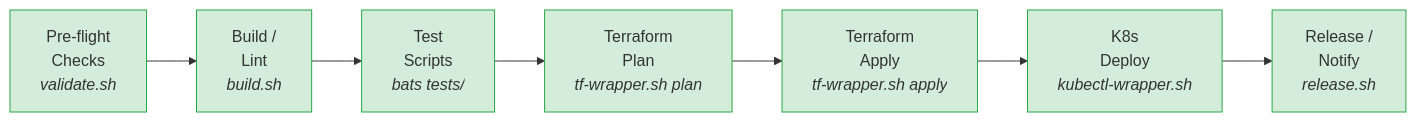
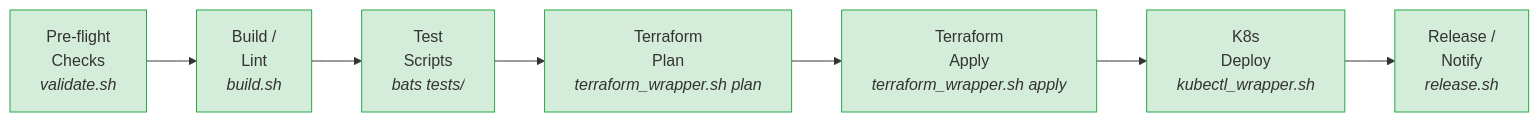
The diagram in docs/scripting/teoria/scripting-pipelines.mdx (salvamiguel/materials), drawn with Mermaid before and after one commit. The commit also changed other lines of this file and 34 other files, not shown here.

````diff
--- a/docs/scripting/teoria/scripting-pipelines.mdx
+++ b/docs/scripting/teoria/scripting-pipelines.mdx
@@ -760,17 +794,17 @@
 ```mermaid
 graph LR
     A["Pre-flight<br/>Checks<br/><i>validate.sh</i>"] --> B["Build /<br/>Lint<br/><i>build.sh</i>"]
     B --> C["Test<br/>Scripts<br/><i>bats tests/</i>"]
-    C --> D["Terraform<br/>Plan<br/><i>tf-wrapper.sh plan</i>"]
-    D --> E["Terraform<br/>Apply<br/><i>tf-wrapper.sh apply</i>"]
-    E --> F["K8s<br/>Deploy<br/><i>kubectl-wrapper.sh</i>"]
+    C --> D["Terraform<br/>Plan<br/><i>terraform_wrapper.sh plan</i>"]
+    D --> E["Terraform<br/>Apply<br/><i>terraform_wrapper.sh apply</i>"]
+    E --> F["K8s<br/>Deploy<br/><i>kubectl_wrapper.sh</i>"]
     F --> G["Release /<br/>Notify<br/><i>release.sh</i>"]
 
     style A fill:#d4edda,stroke:#28a745
     style B fill:#d4edda,stroke:#28a745
     style C fill:#d4edda,stroke:#28a745
     style D fill:#d4edda,stroke:#28a745
     style E fill:#d4edda,stroke:#28a745
     style F fill:#d4edda,stroke:#28a745
     style G fill:#d4edda,stroke:#28a745
 ```
````
